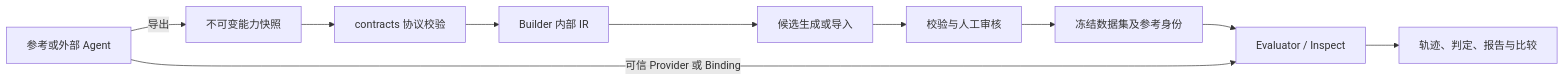
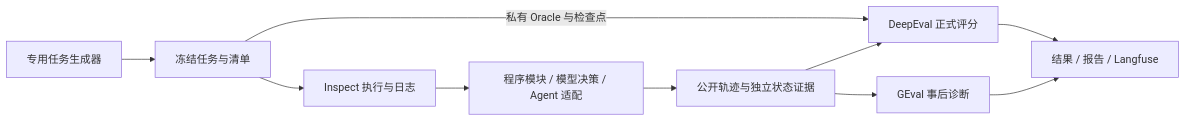
The diagram in docs/architecture.md (tester-yuanyu/agent_eval_harness), drawn with Mermaid before and after one commit. The commit also changed other lines of this file and 133 other files, not shown here.

````diff
--- a/docs/architecture.md
+++ b/docs/architecture.md
@@ -3,12 +5,12 @@
 ```mermaid
 flowchart LR
-    A[参考或外部 Agent] -->|导出| B[不可变能力快照]
-    B --> C[contracts 协议校验]
-    C --> D[Builder 内部 IR]
-    D --> E[候选生成或导入]
-    E --> F[校验与人工审核]
-    F --> G[冻结数据集及参考身份]
-    G --> H[Evaluator / Inspect]
-    A -->|可信 Provider 或 Binding| H
-    H --> I[轨迹、判定、报告与比较]
+    A[专用任务生成器] --> B[冻结任务与清单]
+    B --> C[Inspect 执行与日志]
+    C --> D[程序模块 / 模型决策 / Agent 适配]
+    D --> E[公开轨迹与独立状态证据]
+    B -->|私有 Oracle 与检查点| F[DeepEval 正式评分]
+    E --> F
+    E --> G[GEval 事后诊断]
+    F --> H[结果 / 报告 / Langfuse]
+    G --> H
 ```
````
